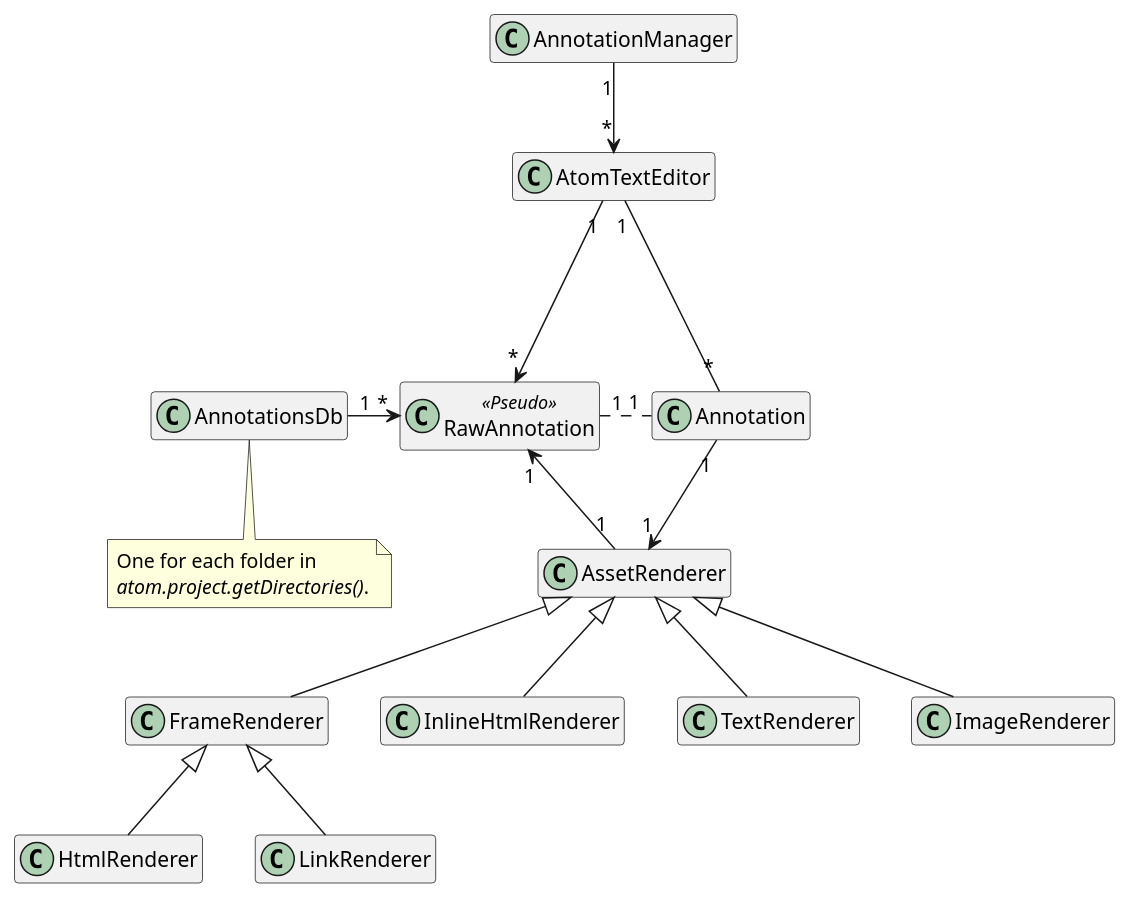
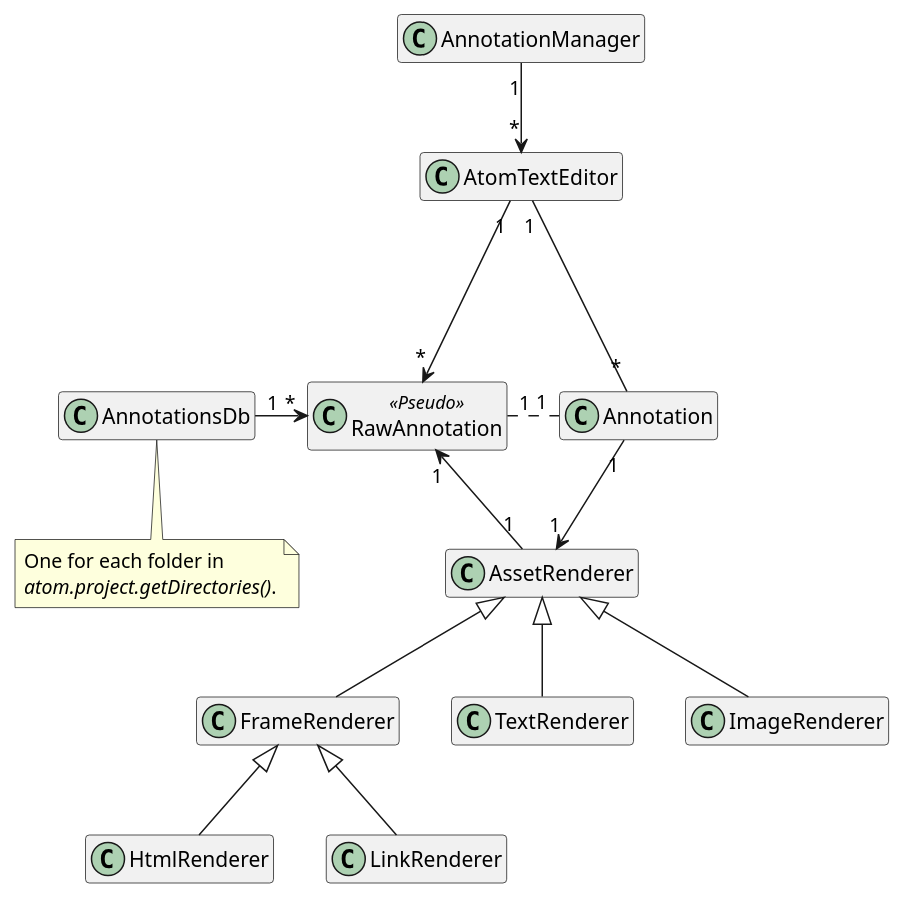
Before and after one commit to jneuendorf/atom-code-annotations: the diagram in class_diagram.plantuml, drawn with PlantUML. The commit also changed 8 other files, not shown here.

```diff
--- a/class_diagram.plantuml
+++ b/class_diagram.plantuml
@@ -1,40 +1,38 @@
 @startuml
 hide empty members
 
 class AnnotationManager
 together {
     class AnnotationsDb
     class RawAnnotation <<Pseudo>>
     class Annotation
 }
 
 class AssetRenderer
 class FrameRenderer
 class HtmlRenderer
-class InlineHtmlRenderer
 class LinkRenderer
 class TextRenderer
 
 class AtomTextEditor
 
 note bottom of AnnotationsDb
     One for each folder in
     <i>atom.project.getDirectories()</i>.
 end note
 
 
 AssetRenderer <|-- TextRenderer
-AssetRenderer <|-- InlineHtmlRenderer
 AssetRenderer <|-- ImageRenderer
 AssetRenderer <|-- FrameRenderer
 FrameRenderer <|-- HtmlRenderer
 FrameRenderer <|-- LinkRenderer
 
 Annotation "1" --> "1" AssetRenderer
 RawAnnotation "1" <-- "1" AssetRenderer
 AnnotationsDb "1" -> "*" RawAnnotation
 RawAnnotation "1" . "1" Annotation
 AnnotationManager "1" --> "*" AtomTextEditor
 AtomTextEditor "1" --> "*" RawAnnotation
 AtomTextEditor "1" --- "*" Annotation
 @enduml
```
